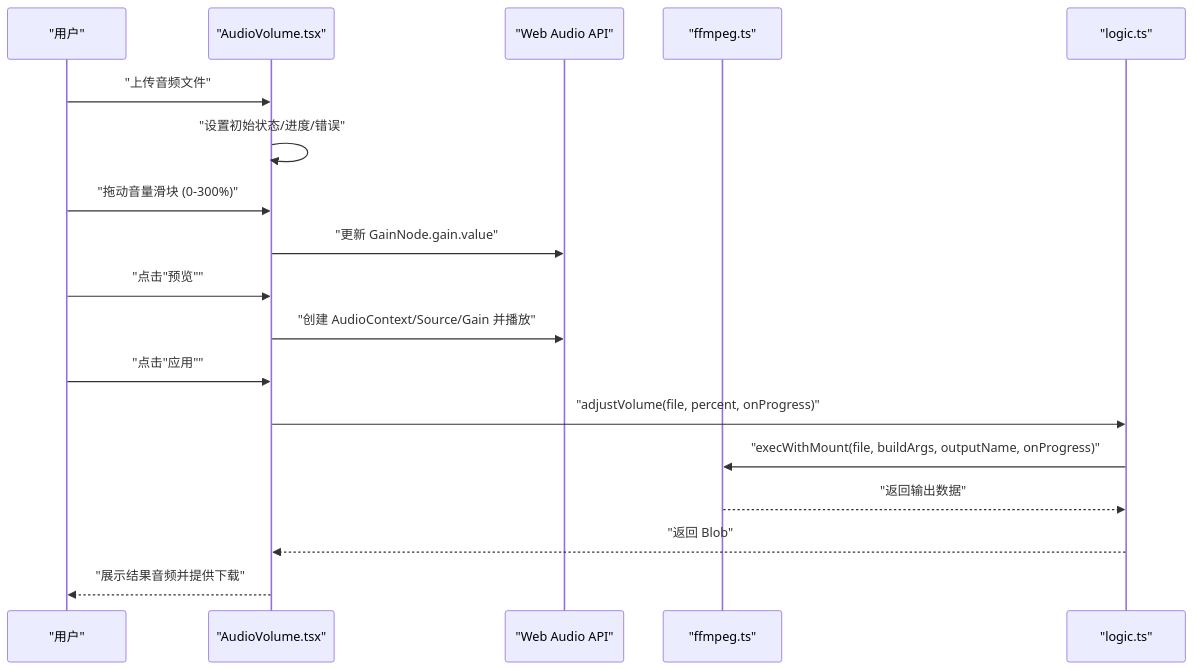
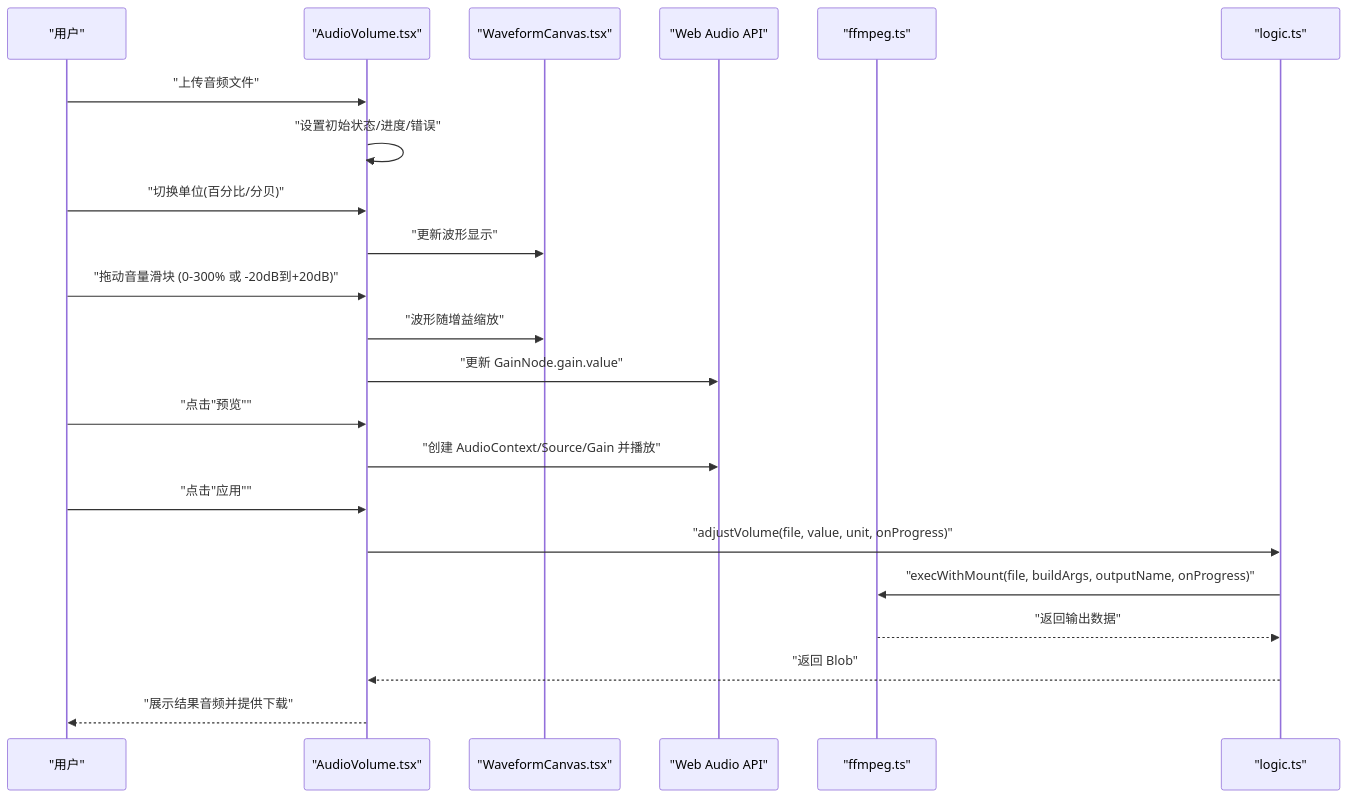
One commit to sgyy/privadeck changed the second of 7 diagrams in .qoder/repowiki/zh/content/音频工具/音量调节.md. Above: the diagram before and after it, drawn with Mermaid. The commit also changed other lines of this file and 3 other files, not shown here.

````diff
--- a/.qoder/repowiki/zh/content/音频工具/音量调节.md
+++ b/.qoder/repowiki/zh/content/音频工具/音量调节.md
@@ -123,20 +142,24 @@
 ```mermaid
 sequenceDiagram
 participant U as "用户"
 participant UI as "AudioVolume.tsx"
+participant WF as "WaveformCanvas.tsx"
 participant WA as "Web Audio API"
 participant FF as "ffmpeg.ts"
 participant LG as "logic.ts"
 U->>UI : "上传音频文件"
 UI->>UI : "设置初始状态/进度/错误"
-U->>UI : "拖动音量滑块 (0-300%)"
+U->>UI : "切换单位(百分比/分贝)"
+UI->>WF : "更新波形显示"
+U->>UI : "拖动音量滑块 (0-300% 或 -20dB到+20dB)"
+UI->>WF : "波形随增益缩放"
 UI->>WA : "更新 GainNode.gain.value"
 U->>UI : "点击"预览""
 UI->>WA : "创建 AudioContext/Source/Gain 并播放"
 U->>UI : "点击"应用""
-UI->>LG : "adjustVolume(file, percent, onProgress)"
+UI->>LG : "adjustVolume(file, value, unit, onProgress)"
 LG->>FF : "execWithMount(file, buildArgs, outputName, onProgress)"
 FF-->>LG : "返回输出数据"
 LG-->>UI : "返回 Blob"
 UI-->>U : "展示结果音频并提供下载"
 ```
````
